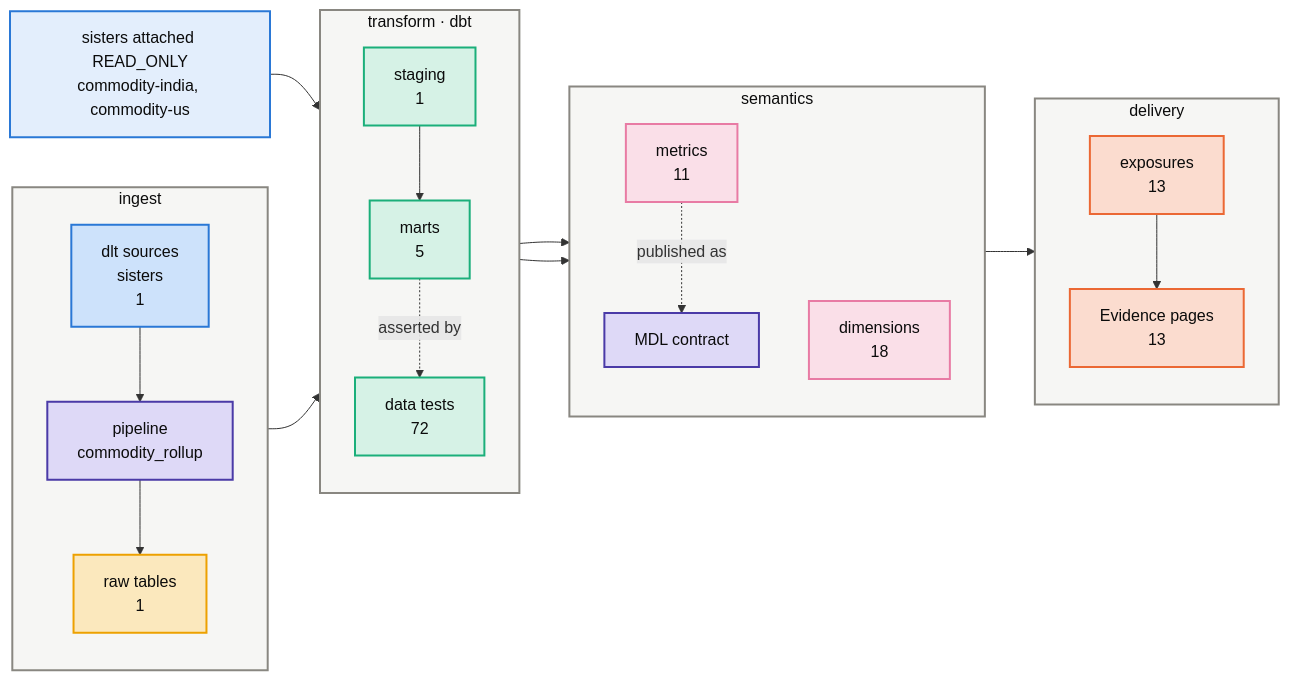
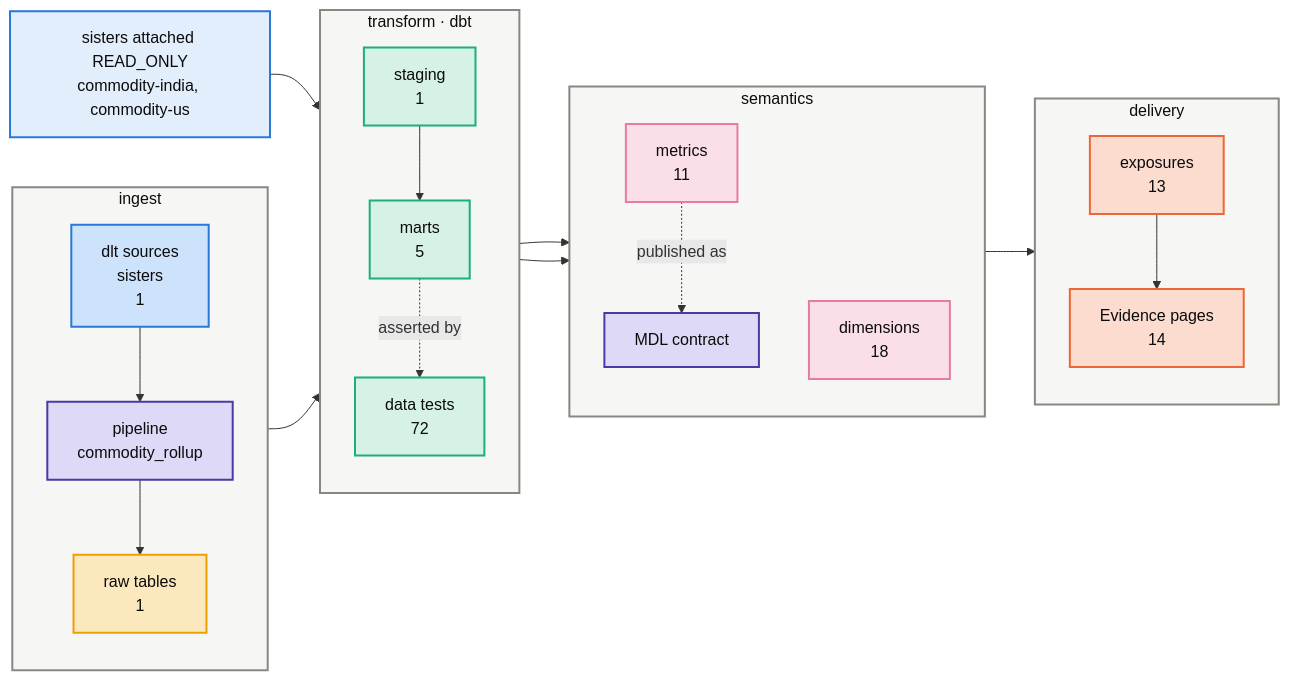
One commit to Atomz-org/data-platform changed the first of 3 diagrams in groups/commodity/projects/commodity-rollup/kg/architecture.md. Above: the diagram before and after it, drawn with Mermaid. The commit also changed other lines of this file and 9 other files, not shown here.

````diff
--- a/groups/commodity/projects/commodity-rollup/kg/architecture.md
+++ b/groups/commodity/projects/commodity-rollup/kg/architecture.md
@@ -10,43 +10,43 @@
 ```mermaid
 flowchart LR
     subgraph LI["ingest"]
         direction TB
         I1["dlt sources<br/>sisters<br/>1"]:::ingress
         I2["pipeline<br/>commodity_rollup"]:::platform
         I3["raw tables<br/>1"]:::raw
     end
     subgraph LT["transform · dbt"]
         direction TB
         T1["staging<br/>1"]:::model
         T2["marts<br/>5"]:::model
         T3["data tests<br/>72"]:::model
     end
     subgraph LS["semantics"]
         direction TB
         S1["metrics<br/>11"]:::metric
         S2["dimensions<br/>18"]:::metric
         S3["MDL contract"]:::platform
     end
     subgraph LD["delivery"]
         direction TB
         D1["exposures<br/>13"]:::exposure
-        D2["Evidence pages<br/>13"]:::exposure
+        D2["Evidence pages<br/>14"]:::exposure
     end
     I1 --> I2 --> I3 --> T1 --> T2
     T2 --> S1 --> D1 --> D2
     T2 --> S2
     S1 -.published as.-> S3
     T2 -.asserted by.-> T3
     RU["sisters attached READ_ONLY<br/>commodity-india, commodity-us"]:::project
     RU --> T1
     classDef ingress fill:#cde2fb,stroke:#2a78d6,stroke-width:2px,color:#0b0b0b
     classDef platform fill:#ded9f7,stroke:#4a3aa7,stroke-width:2px,color:#0b0b0b
     classDef raw fill:#fbe8bd,stroke:#eda100,stroke-width:2px,color:#0b0b0b
     classDef model fill:#d6f2e6,stroke:#1baf7a,stroke-width:2px,color:#0b0b0b
     classDef metric fill:#fadfe8,stroke:#e87ba4,stroke-width:2px,color:#0b0b0b
     classDef exposure fill:#fbdccf,stroke:#eb6834,stroke-width:2px,color:#0b0b0b
     classDef neutral fill:#e8e7e2,stroke:#898781,stroke-width:2px,color:#0b0b0b
     classDef project fill:#e3eefc,stroke:#2a78d6,stroke-width:2px,color:#0b0b0b
     classDef lane fill:#f6f6f4,stroke:#898781,stroke-width:2px,color:#0b0b0b
     class LI,LT,LS,LD lane
 ```
````
